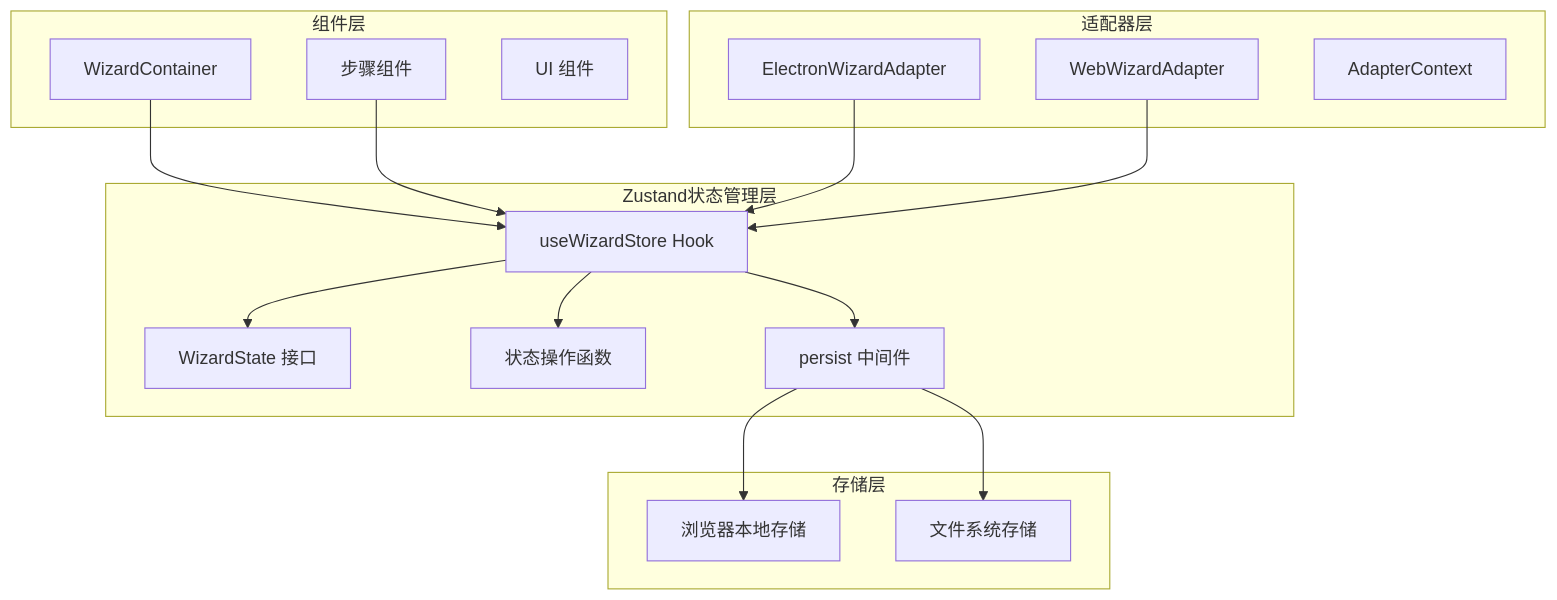
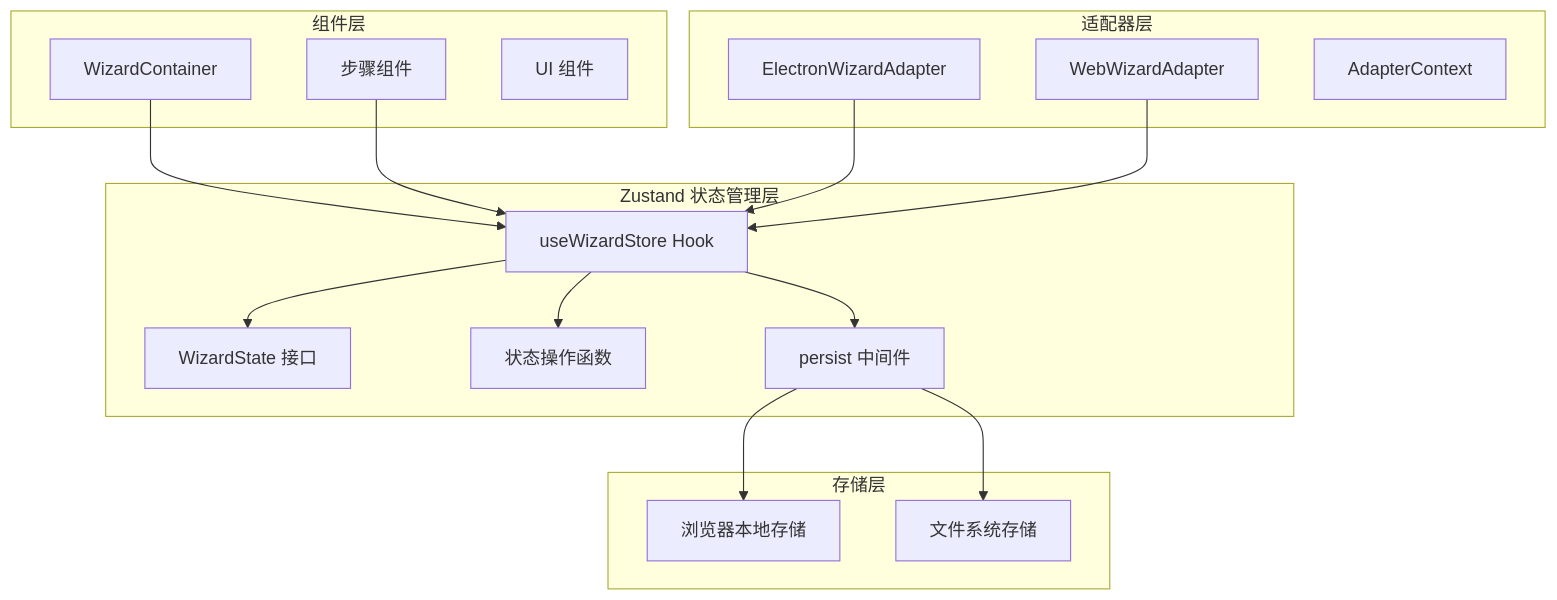
Before and after one commit to verse-ai-org/openclaw: the first of 9 diagrams in .qoder/repowiki/zh/content/设置向导状态管理.md, drawn with Mermaid. The commit also changed other lines of this file and 34 other files, not shown here.

````diff
--- a/.qoder/repowiki/zh/content/设置向导状态管理.md
+++ b/.qoder/repowiki/zh/content/设置向导状态管理.md
@@ -47,32 +49,32 @@
 ```mermaid
 graph TB
-subgraph "Zustand状态管理层"
+subgraph "Zustand 状态管理层"
 Store[useWizardStore Hook]
 State[WizardState 接口]
 Actions[状态操作函数]
 Persist[persist 中间件]
 end
 subgraph "组件层"
 Container[WizardContainer]
 Steps[步骤组件]
 UI[UI 组件]
 end
 subgraph "适配器层"
 Electron[ElectronWizardAdapter]
 Web[WebWizardAdapter]
 Context[AdapterContext]
 end
 subgraph "存储层"
 LocalStorage[浏览器本地存储]
 FileSystem[文件系统存储]
 end
 Store --> State
 Store --> Actions
 Store --> Persist
 Container --> Store
 Steps --> Store
 Electron --> Store
 Web --> Store
 Persist --> LocalStorage
 Persist --> FileSystem
 ```
````
